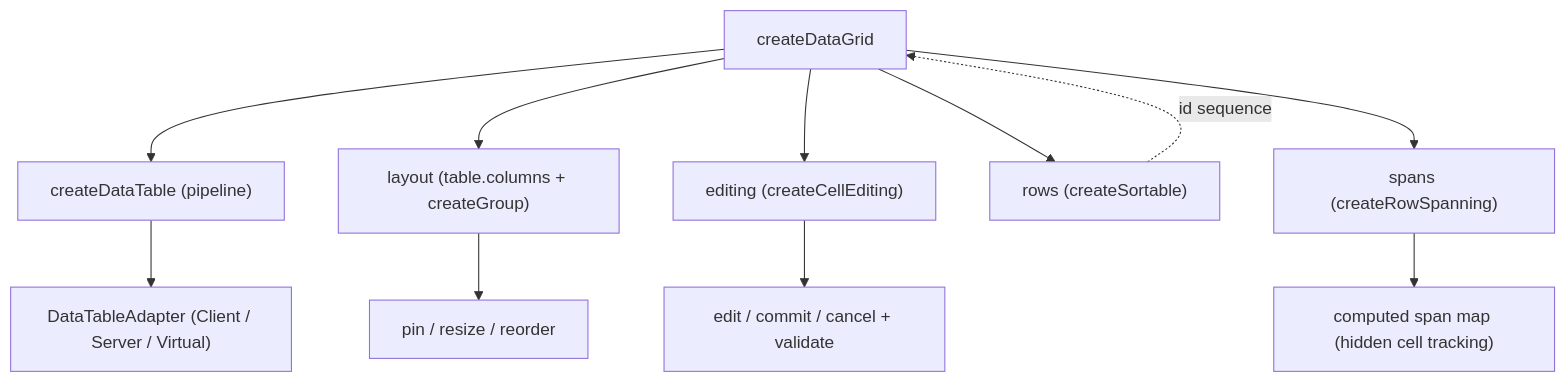
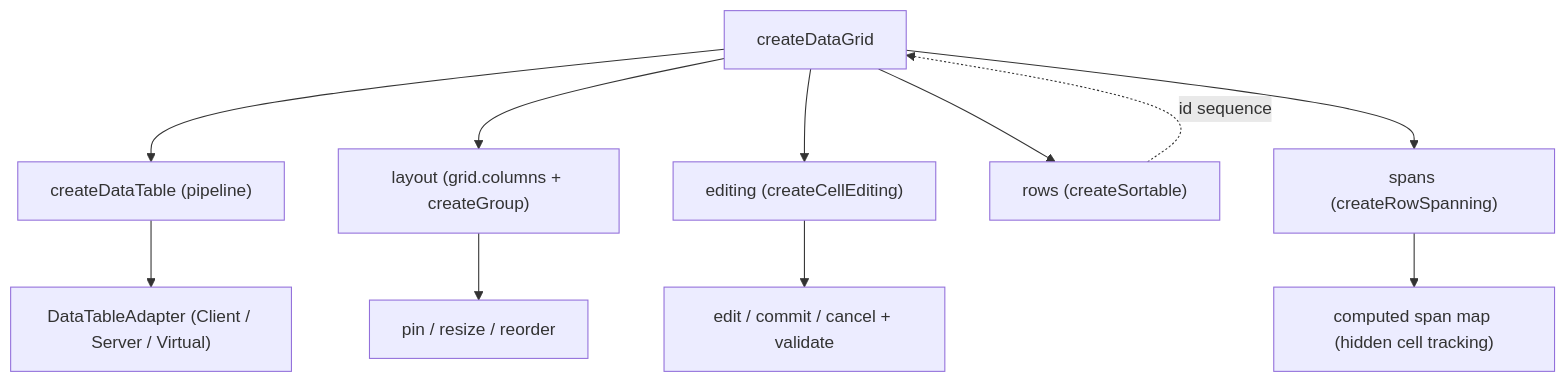
Before and after one commit to vuetifyjs/0: the first of 2 diagrams in apps/docs/src/pages/composables/data/create-data-grid.md, drawn with Mermaid. The commit also changed other lines of this file and 6 other files, not shown here.

First line of the commit message:
docs(createDataGrid): onboard columns via grid.columns in page + examples

````diff
--- a/apps/docs/src/pages/composables/data/create-data-grid.md
+++ b/apps/docs/src/pages/composables/data/create-data-grid.md
@@ -63,13 +67,13 @@
 ```mermaid "createDataGrid Architecture"
 flowchart TD
   createDataGrid:::primary --> table["createDataTable (pipeline)"]
-  createDataGrid --> layout["layout (table.columns + createGroup)"]
+  createDataGrid --> layout["layout (grid.columns + createGroup)"]
   createDataGrid --> editing["editing (createCellEditing)"]
   createDataGrid --> ordering["rows (createSortable)"]
   createDataGrid --> spanning["spans (createRowSpanning)"]
   table --> adapter["DataTableAdapter (Client / Server / Virtual)"]
   ordering -. "id sequence" .-> createDataGrid
   layout --> pin["pin / resize / reorder"]
   editing --> edit["edit / commit / cancel + validate"]
   spanning --> span["computed span map (hidden cell tracking)"]
 ```
````
